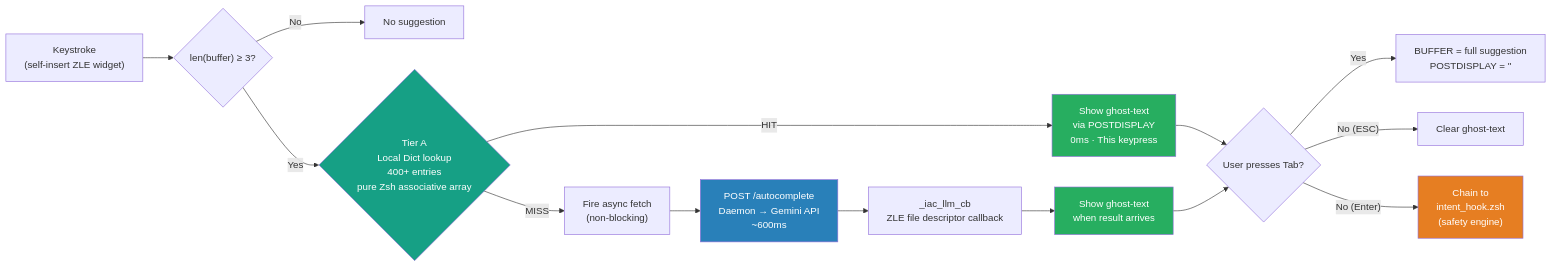
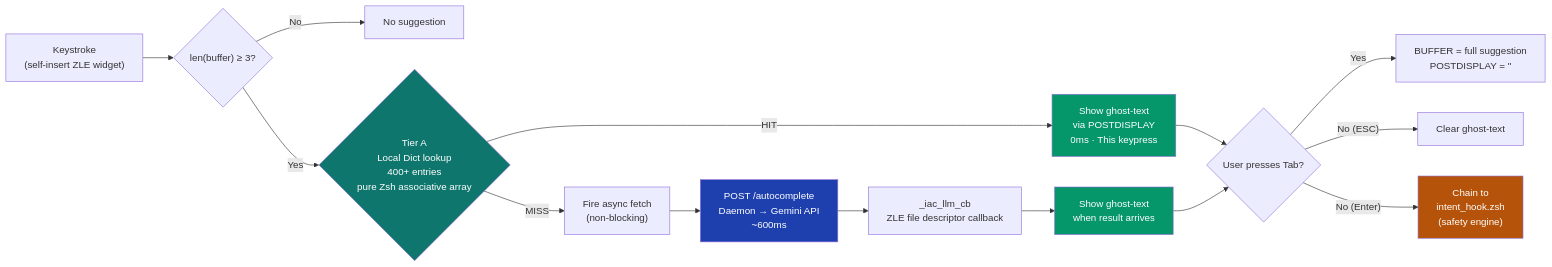
One commit to OliveishPraveen/AI-Based-System-Intent-Engine changed the fourth of 9 diagrams in docs/ARCHITECTURE.md. Above: the diagram before and after it, drawn with Mermaid. The commit also changed other lines of this file and 2 other files, not shown here.

Commit message:
docs: Fix mermaid gantt chart parsing and improve color aesthetics

````diff
--- a/docs/ARCHITECTURE.md
+++ b/docs/ARCHITECTURE.md
@@ -132,31 +132,31 @@
 ```mermaid
 flowchart LR
     KEY["Keystroke<br/>(self-insert ZLE widget)"]
 
     KEY --> LEN{"len(buffer) ≥ 3?"}
     LEN -->|"No"| NONE["No suggestion"]
 
     LEN -->|"Yes"| LOCAL{"Tier A<br/>Local Dict lookup<br/>400+ entries<br/>pure Zsh associative array"}
 
     LOCAL -->|"HIT"| GHOST["Show ghost-text<br/>via POSTDISPLAY<br/>0ms · This keypress"]
 
     LOCAL -->|"MISS"| ASYNC["Fire async fetch<br/>(non-blocking)"]
 
     ASYNC --> APICALL["POST /autocomplete<br/>Daemon → Gemini API<br/>~600ms"]
 
     APICALL --> CB["_iac_llm_cb<br/>ZLE file descriptor callback"]
     CB --> GHOST2["Show ghost-text<br/>when result arrives"]
 
     GHOST --> TAB{"User presses Tab?"}
     GHOST2 --> TAB
 
     TAB -->|"Yes"| ACCEPT["BUFFER = full suggestion<br/>POSTDISPLAY = ''"]
     TAB -->|"No (ESC)"| DISMISS["Clear ghost-text"]
     TAB -->|"No (Enter)"| SAFETY["Chain to<br/>intent_hook.zsh<br/>(safety engine)"]
 
-    style LOCAL fill:#16a085,color:#fff
-    style APICALL fill:#2980b9,color:#fff
-    style GHOST fill:#27ae60,color:#fff
-    style GHOST2 fill:#27ae60,color:#fff
-    style SAFETY fill:#e67e22,color:#fff
+    style LOCAL fill:#0f766e,color:#fff
+    style APICALL fill:#1e40af,color:#fff
+    style GHOST fill:#059669,color:#fff
+    style GHOST2 fill:#059669,color:#fff
+    style SAFETY fill:#b45309,color:#fff
 ```
````
